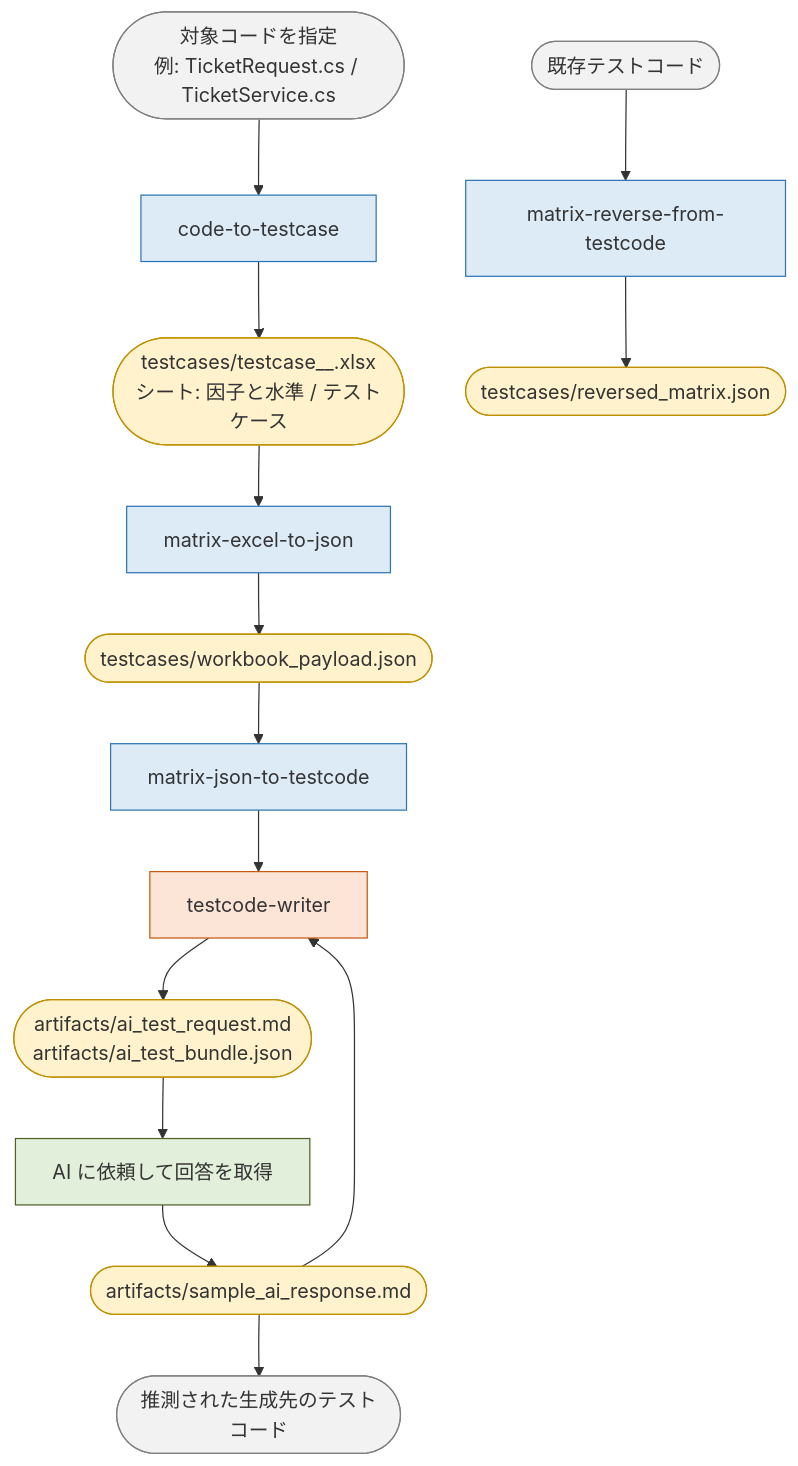
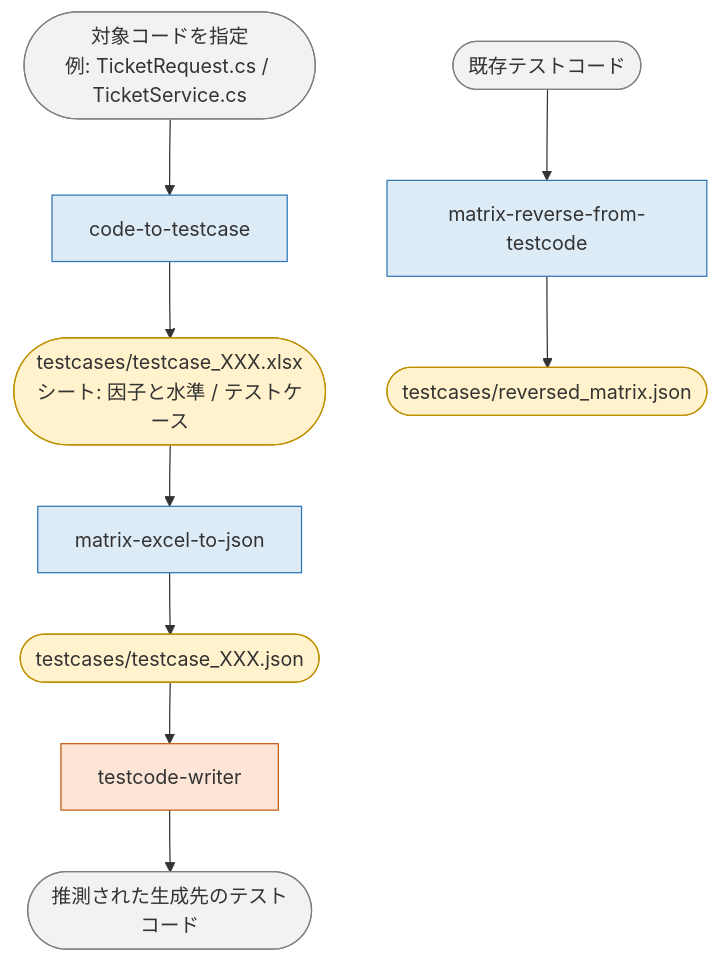
The diagram in workflow.mmd (souri-t/matrix-driven-test-automation), drawn with Mermaid before and after one commit. The commit also changed 5 other files, not shown here.

```diff
--- a/workflow.mmd
+++ b/workflow.mmd
@@ -1,30 +1,24 @@
 flowchart TD
     A(["対象コードを指定<br>例: TicketRequest.cs / TicketService.cs"]) --> B["code-to-testcase"]
-    B --> C(["testcases/testcase_<class>_<method>.xlsx<br>シート: 因子と水準 / テストケース"])
+    B --> C(["testcases/testcase_XXX.xlsx<br>シート: 因子と水準 / テストケース"])
 
     C --> D["matrix-excel-to-json"]
-    D --> E(["testcases/workbook_payload.json"])
+    D --> E(["testcases/testcase_XXX.json"])
 
-    E --> F["matrix-json-to-testcode"]
-    F --> G["testcode-writer"]
-    G --> H(["artifacts/ai_test_request.md<br>artifacts/ai_test_bundle.json"])
-    H --> I["AI に依頼して回答を取得"]
-    I --> J(["artifacts/sample_ai_response.md"])
-    J --> G
-    J --> K(["推測された生成先のテストコード"])
+    E --> G["testcode-writer"]
+    G --> K(["推測された生成先のテストコード"])
 
     L(["既存テストコード"]) --> M["matrix-reverse-from-testcode"]
     M --> N(["testcases/reversed_matrix.json"])
 
     %% --- Styles ---
     classDef promptClass fill:#DDEBF7,stroke:#2F75B5,stroke-width:1px;
     classDef fileClass fill:#FFF2CC,stroke:#BF9000,stroke-width:1px;
     classDef actionClass fill:#E2EFDA,stroke:#4F6228,stroke-width:1px;
     classDef agentClass fill:#FCE4D6,stroke:#C65911,stroke-width:1px;
     classDef codeClass fill:#F2F2F2,stroke:#7F7F7F,stroke-width:1px;
 
-    class B,D,F,M promptClass;
-    class C,E,H,J,N fileClass;
-    class I actionClass;
+    class B,D,M promptClass;
+    class C,E,N fileClass;
     class G agentClass;
     class A,K,L codeClass;
```
